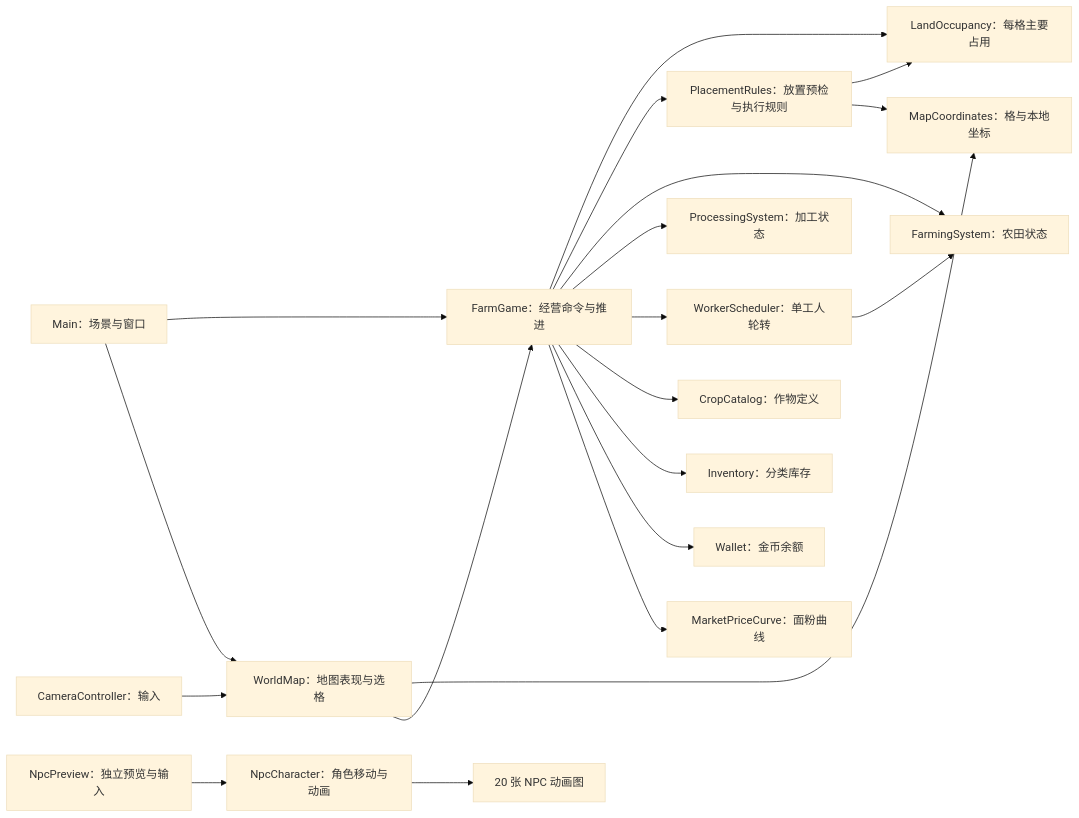
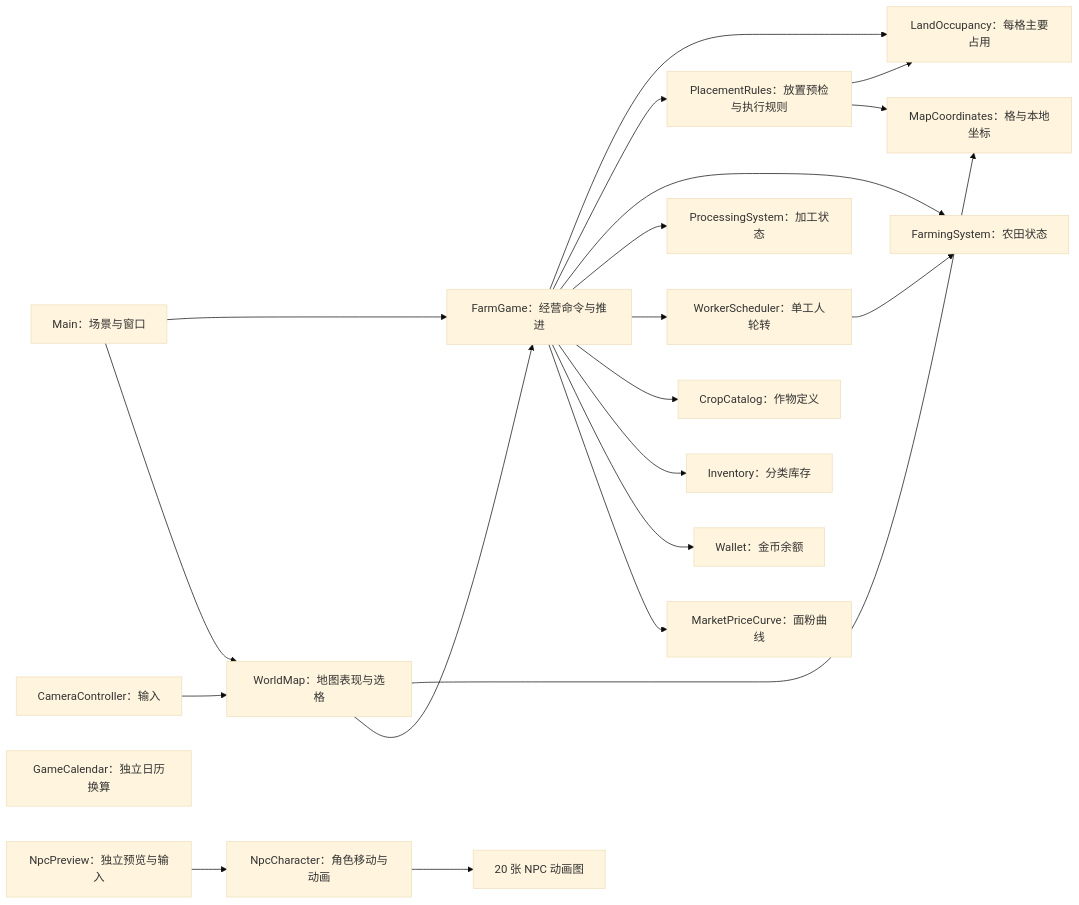
Before and after one commit to Fotally/Farm-Exchange: the diagram in docs/architecture/implementation-system-organization.md, drawn with Mermaid (base theme). The commit also changed other lines of this file and 14 other files, not shown here.

Commit message:
feat: add independent game calendar

````diff
--- a/docs/architecture/implementation-system-organization.md
+++ b/docs/architecture/implementation-system-organization.md
@@ -5,22 +5,23 @@
 ```mermaid
 flowchart LR
     Main[Main：场景与窗口] --> FarmGame[FarmGame：经营命令与推进]
     Main --> WorldMap[WorldMap：地图表现与选格]
     Camera[CameraController：输入] --> WorldMap
     WorldMap --> MapCoordinates[MapCoordinates：格与本地坐标]
     WorldMap --> FarmGame
     FarmGame --> LandOccupancy[LandOccupancy：每格主要占用]
     FarmGame --> PlacementRules[PlacementRules：放置预检与执行规则]
     PlacementRules --> LandOccupancy
     PlacementRules --> MapCoordinates
     FarmGame --> FarmingSystem[FarmingSystem：农田状态]
     FarmGame --> ProcessingSystem[ProcessingSystem：加工状态]
     FarmGame --> WorkerScheduler[WorkerScheduler：单工人轮转]
     WorkerScheduler --> FarmingSystem
     FarmGame --> CropCatalog[CropCatalog：作物定义]
     FarmGame --> Inventory[Inventory：分类库存]
     FarmGame --> Wallet[Wallet：金币余额]
     FarmGame --> Market[MarketPriceCurve：面粉曲线]
+    GameCalendar[GameCalendar：独立日历换算]
     NpcPreview[NpcPreview：独立预览与输入] --> NpcCharacter[NpcCharacter：角色移动与动画]
     NpcCharacter --> NpcSheets[20 张 NPC 动画图]
 ```
````
